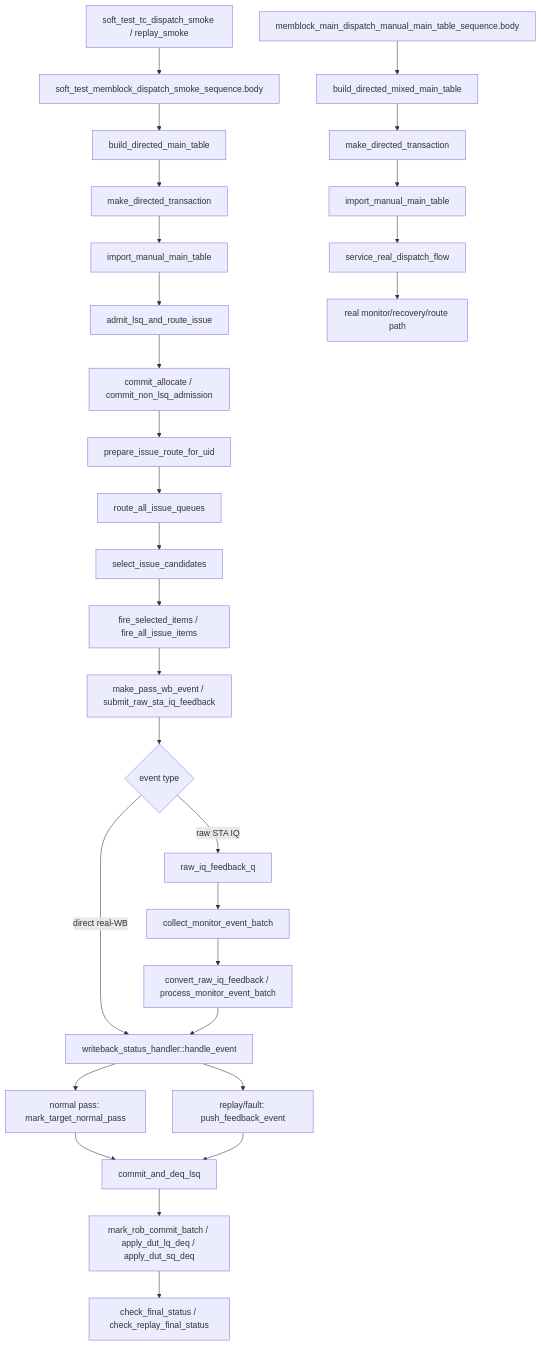
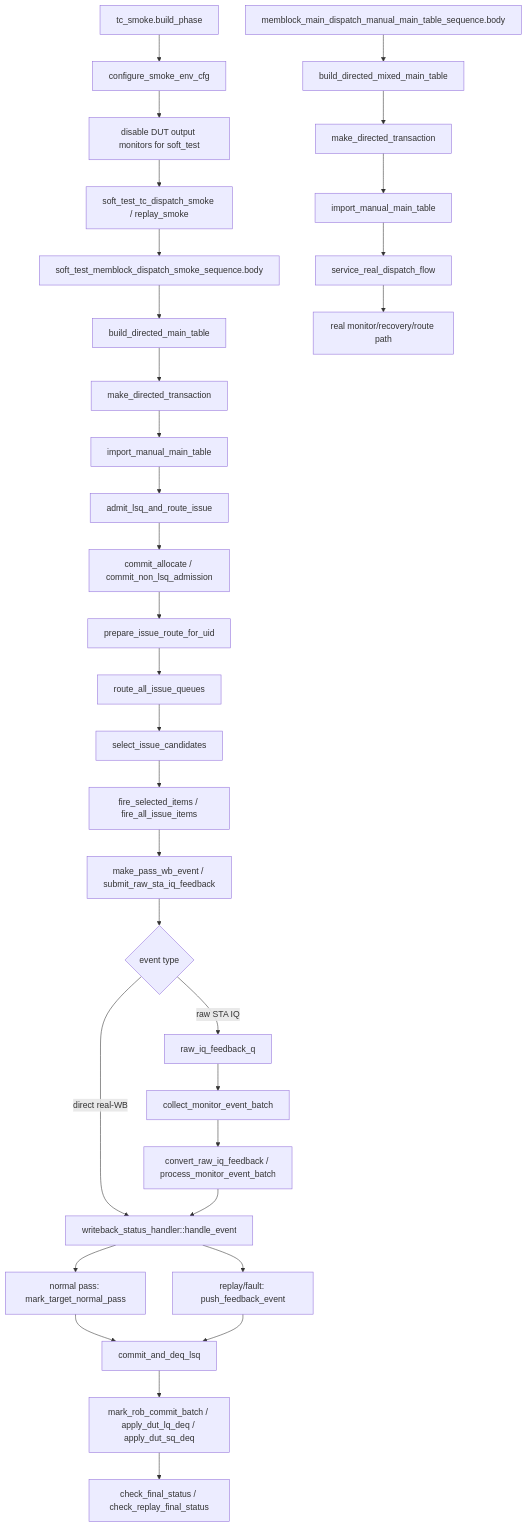
The diagram in AI_DOC/mem_ut_flow_doc/soft_test_and_mixed_directed_flow.md (OpenXiangShan/XiangShan), drawn with Mermaid before and after one commit. The commit also changed other lines of this file and 72 other files, not shown here.

````diff
--- a/AI_DOC/mem_ut_flow_doc/soft_test_and_mixed_directed_flow.md
+++ b/AI_DOC/mem_ut_flow_doc/soft_test_and_mixed_directed_flow.md
@@ -24,32 +35,35 @@
 ```mermaid
 flowchart TD
-    A[soft_test_tc_dispatch_smoke / replay_smoke] --> B[soft_test_memblock_dispatch_smoke_sequence.body]
+    A0[tc_smoke.build_phase] --> A1[configure_smoke_env_cfg]
+    A1 --> A2[disable DUT output monitors for soft_test]
+    A2 --> A[soft_test_tc_dispatch_smoke / replay_smoke]
+    A --> B[soft_test_memblock_dispatch_smoke_sequence.body]
     B --> C[build_directed_main_table]
     C --> D[make_directed_transaction]
     D --> E[import_manual_main_table]
     E --> F[admit_lsq_and_route_issue]
     F --> G[commit_allocate / commit_non_lsq_admission]
     G --> H[prepare_issue_route_for_uid]
     H --> I[route_all_issue_queues]
     I --> J[select_issue_candidates]
     J --> K[fire_selected_items / fire_all_issue_items]
     K --> L[make_pass_wb_event / submit_raw_sta_iq_feedback]
     L --> M{event type}
     M -->|direct real-WB| N[writeback_status_handler::handle_event]
     M -->|raw STA IQ| N0[raw_iq_feedback_q]
     N0 --> N01[collect_monitor_event_batch]
     N01 --> N02[convert_raw_iq_feedback / process_monitor_event_batch]
     N02 --> N
     N --> N1[normal pass: mark_target_normal_pass]
     N --> N2[replay/fault: push_feedback_event]
     N1 --> O[commit_and_deq_lsq]
     N2 --> O
     O --> P[mark_rob_commit_batch / apply_dut_lq_deq / apply_dut_sq_deq]
     P --> Q[check_final_status / check_replay_final_status]
 
     R[memblock_main_dispatch_manual_main_table_sequence.body] --> S[build_directed_mixed_main_table]
     S --> T[make_directed_transaction]
     T --> U[import_manual_main_table]
     U --> V[service_real_dispatch_flow]
     V --> W[real monitor/recovery/route path]
 ```
````
